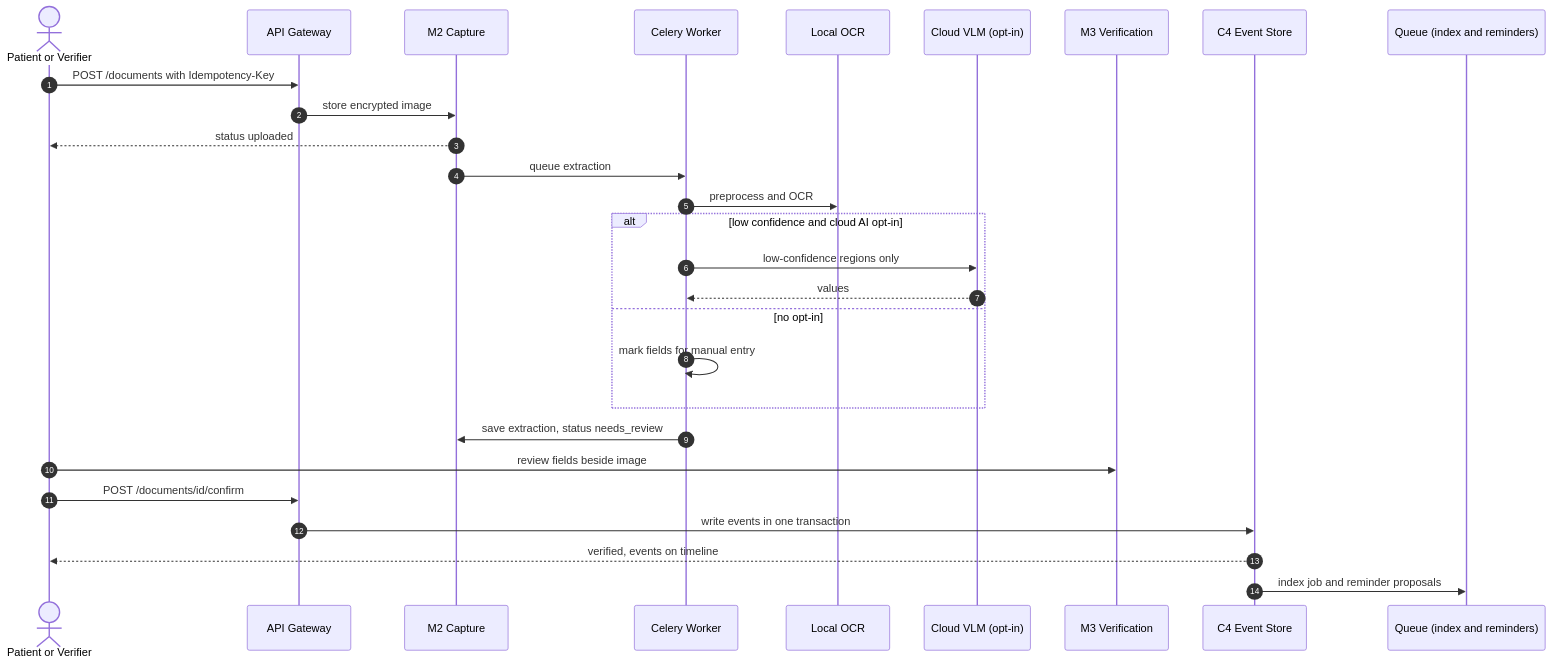
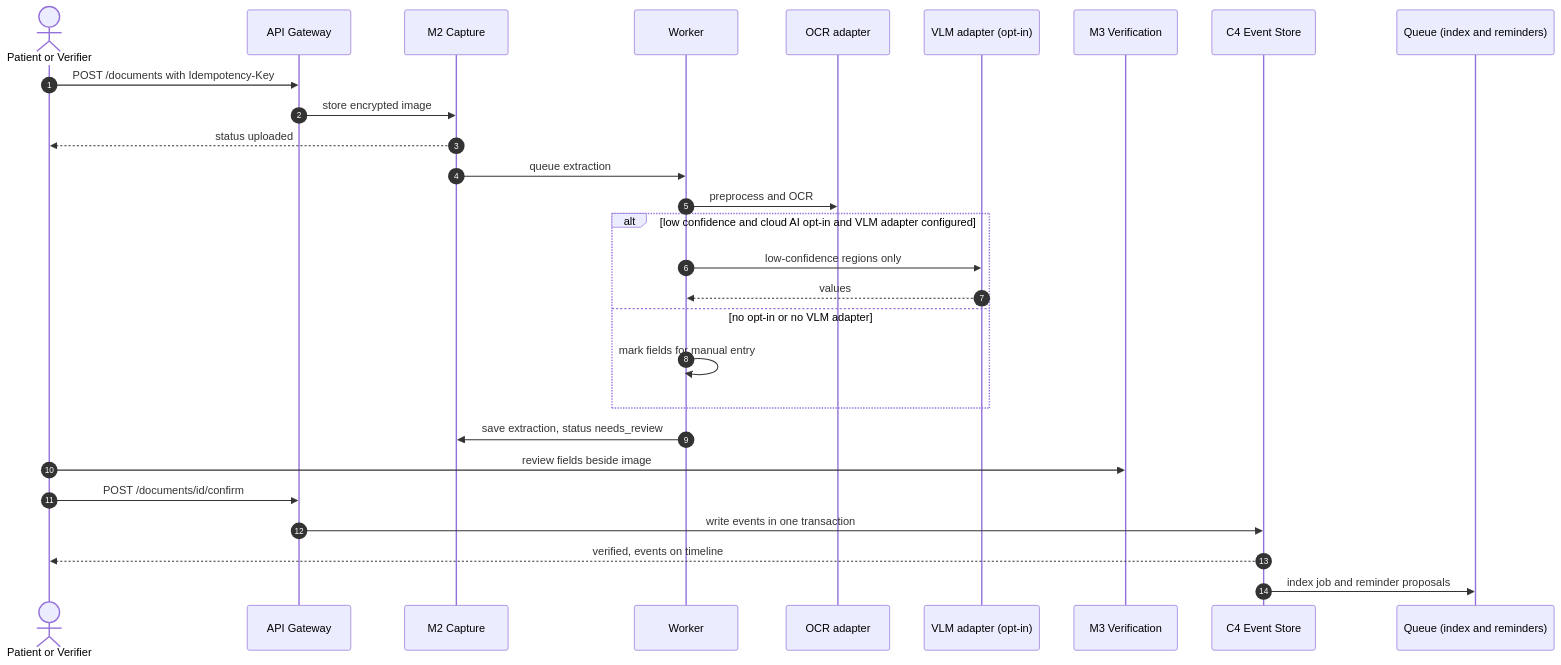
Before and after one commit to sarwar-islam/swasthyoid: diagram 11 of 32 in docs/FRD.md, drawn with Mermaid. The commit also changed other lines of this file and 4 other files, not shown here.

````diff
--- a/docs/FRD.md
+++ b/docs/FRD.md
@@ -447,31 +462,31 @@
 ```mermaid
 sequenceDiagram
     autonumber
     actor U as Patient or Verifier
     participant API as API Gateway
     participant M2 as M2 Capture
-    participant W as Celery Worker
-    participant OCR as Local OCR
-    participant VLM as Cloud VLM (opt-in)
+    participant W as Worker
+    participant OCR as OCR adapter
+    participant VLM as VLM adapter (opt-in)
     participant M3 as M3 Verification
     participant C4 as C4 Event Store
     participant Q as Queue (index and reminders)
 
     U->>API: POST /documents with Idempotency-Key
     API->>M2: store encrypted image
     M2-->>U: status uploaded
     M2->>W: queue extraction
     W->>OCR: preprocess and OCR
-    alt low confidence and cloud AI opt-in
+    alt low confidence and cloud AI opt-in and VLM adapter configured
         W->>VLM: low-confidence regions only
         VLM-->>W: values
-    else no opt-in
+    else no opt-in or no VLM adapter
         W->>W: mark fields for manual entry
     end
     W->>M2: save extraction, status needs_review
     U->>M3: review fields beside image
     U->>API: POST /documents/id/confirm
     API->>C4: write events in one transaction
     C4-->>U: verified, events on timeline
     C4->>Q: index job and reminder proposals
 ```
````
